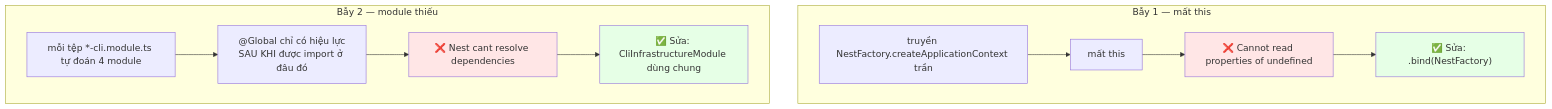
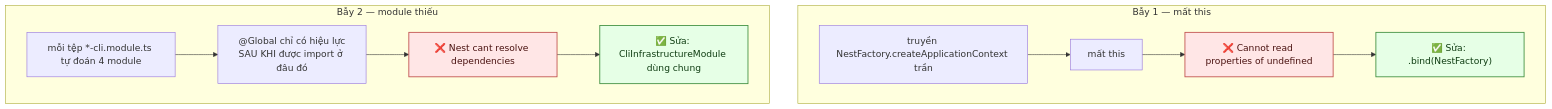
One commit to fdshn/trueheart changed the third of 7 diagrams in docs/diagram/17-jobs.md. Above: the diagram before and after it, drawn with Mermaid. The commit also changed other lines of this file and 30 other files, not shown here.

First line of the commit message:
docs(diagram): chữ trong khối tô màu đọc được ở cả giao diện sáng và tối

````diff
--- a/docs/diagram/17-jobs.md
+++ b/docs/diagram/17-jobs.md
@@ -52,18 +52,18 @@
 ```mermaid
 flowchart TD
     subgraph B1["Bẫy 1 — mất this"]
         A1["truyền NestFactory.createApplicationContext trần"] --> A2["mất this"]
         A2 --> A3["❌ Cannot read properties of undefined"]
         A3 --> A4["✅ Sửa: .bind(NestFactory)"]
     end
     subgraph B2["Bẫy 2 — module thiếu"]
         C1["mỗi tệp *-cli.module.ts tự đoán 4 module"] --> C2["@Global chỉ có hiệu lực<br/>SAU KHI được import ở đâu đó"]
         C2 --> C3["❌ Nest cant resolve dependencies"]
         C3 --> C4["✅ Sửa: CliInfrastructureModule dùng chung"]
     end
 
-    style A3 fill:#ffe6e6
-    style C3 fill:#ffe6e6
-    style A4 fill:#e6ffe6
-    style C4 fill:#e6ffe6
+    style A3 fill:#ffe6e6,stroke:#c0504d,stroke-width:1.5px,color:#4a1210
+    style C3 fill:#ffe6e6,stroke:#c0504d,stroke-width:1.5px,color:#4a1210
+    style A4 fill:#e6ffe6,stroke:#3f8f3f,stroke-width:1.5px,color:#0f3d12
+    style C4 fill:#e6ffe6,stroke:#3f8f3f,stroke-width:1.5px,color:#0f3d12
 ```
````
